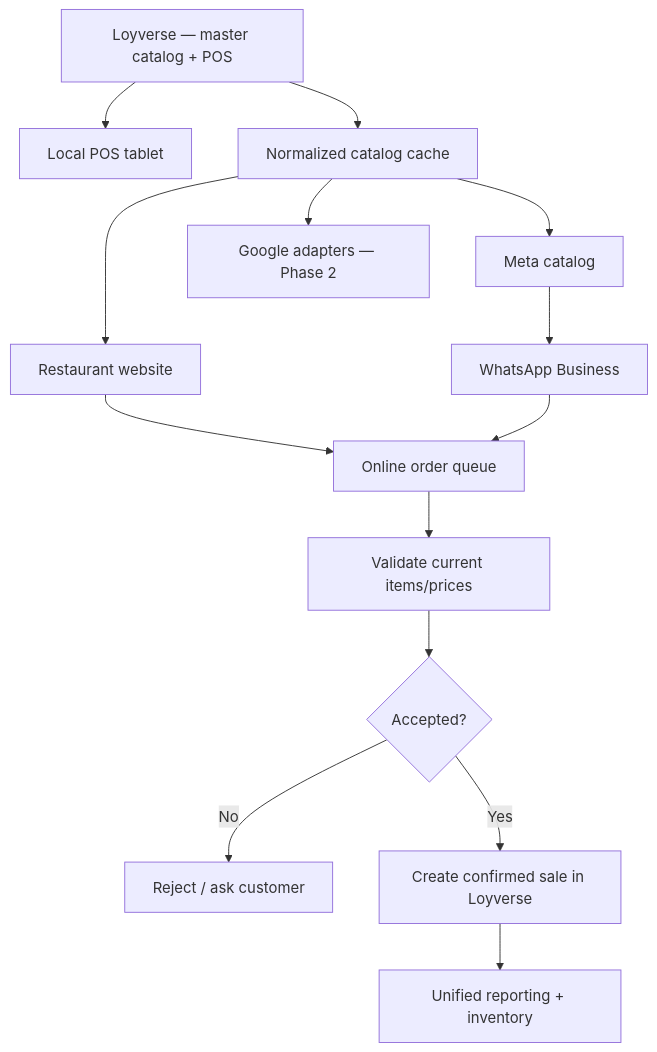
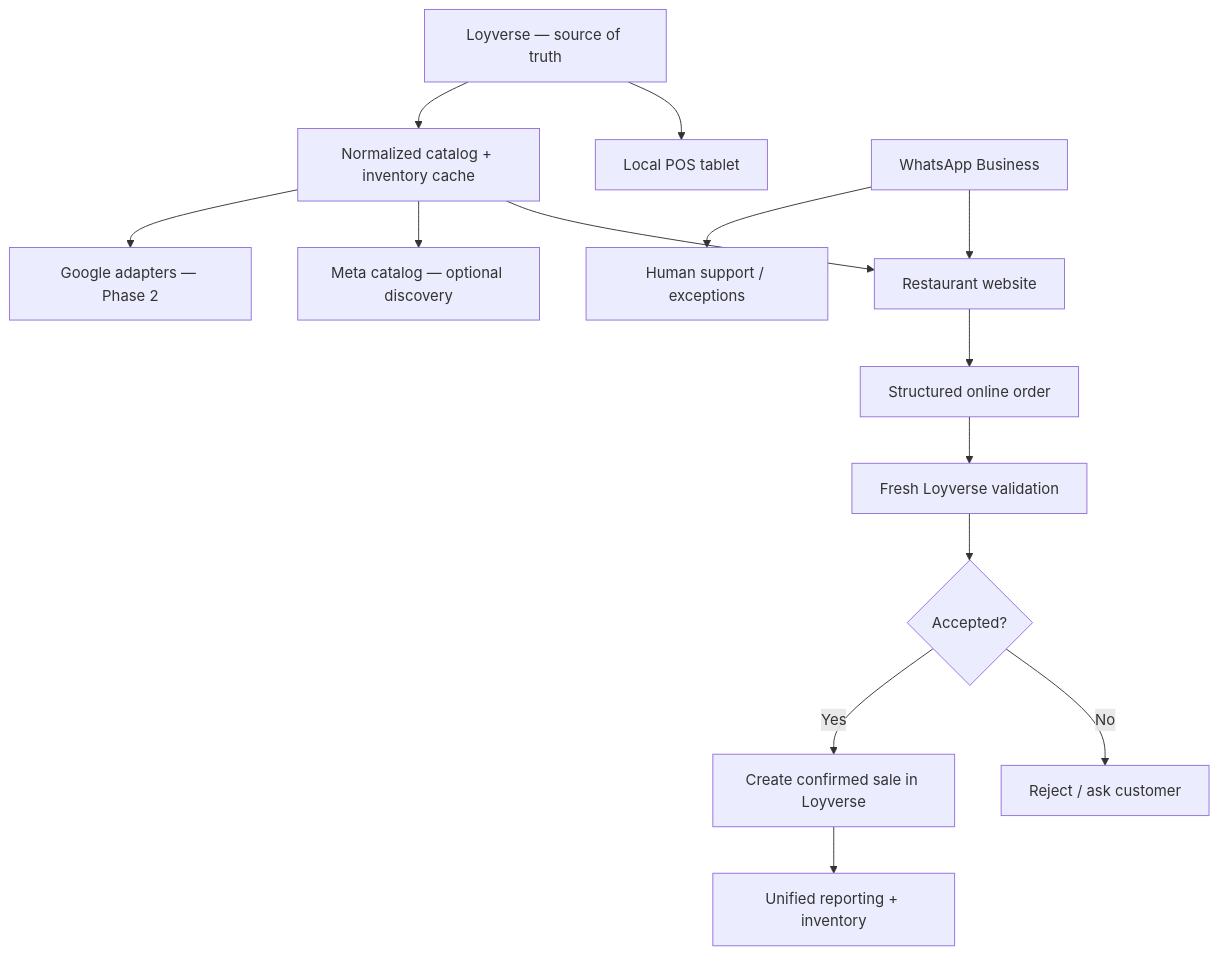
One commit to javierbeargrill-afk/open-restaurant-menu changed the diagram in docs/PHASE-3-OMNICHANNEL.md. Above: the diagram before and after it, drawn with Mermaid. The commit also changed other lines of this file and 3 other files, not shown here.

````diff
--- a/docs/PHASE-3-OMNICHANNEL.md
+++ b/docs/PHASE-3-OMNICHANNEL.md
@@ -22,18 +56,19 @@
 ```mermaid
 flowchart TB
-    L["Loyverse — master catalog + POS"]
+    L["Loyverse — source of truth"]
     L --> P["Local POS tablet"]
-    L --> C["Normalized catalog cache"]
+    L --> C["Normalized catalog + inventory cache"]
+
     C --> W["Restaurant website"]
-    C --> M["Meta catalog"]
-    M --> WA["WhatsApp Business"]
-    C --> G["Google adapters — Phase 2"]
-
-    W --> Q["Online order queue"]
-    WA --> Q
-    Q --> V["Validate current items/prices"]
+    W --> Q["Structured online order"]
+    Q --> V["Fresh Loyverse validation"]
     V --> A{"Accepted?"}
     A -->|No| X["Reject / ask customer"]
     A -->|Yes| R["Create confirmed sale in Loyverse"]
     R --> S["Unified reporting + inventory"]
+
+    C --> M["Meta catalog — optional discovery"]
+    C --> G["Google adapters — Phase 2"]
+    WA["WhatsApp Business"] --> W
+    WA --> H["Human support / exceptions"]
 ```
````
